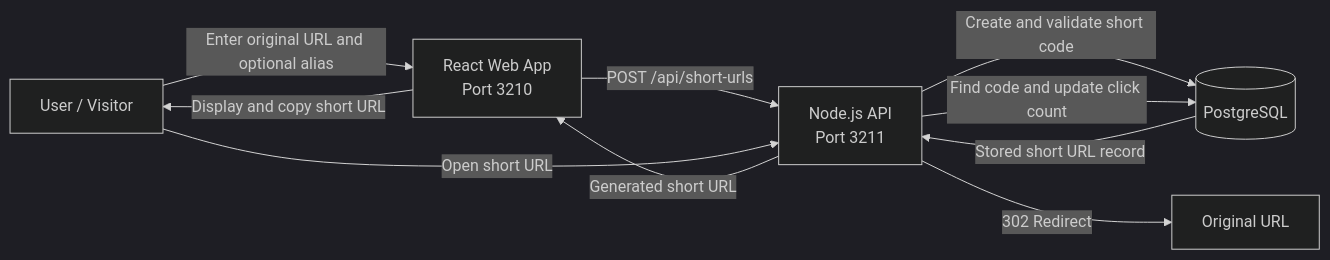
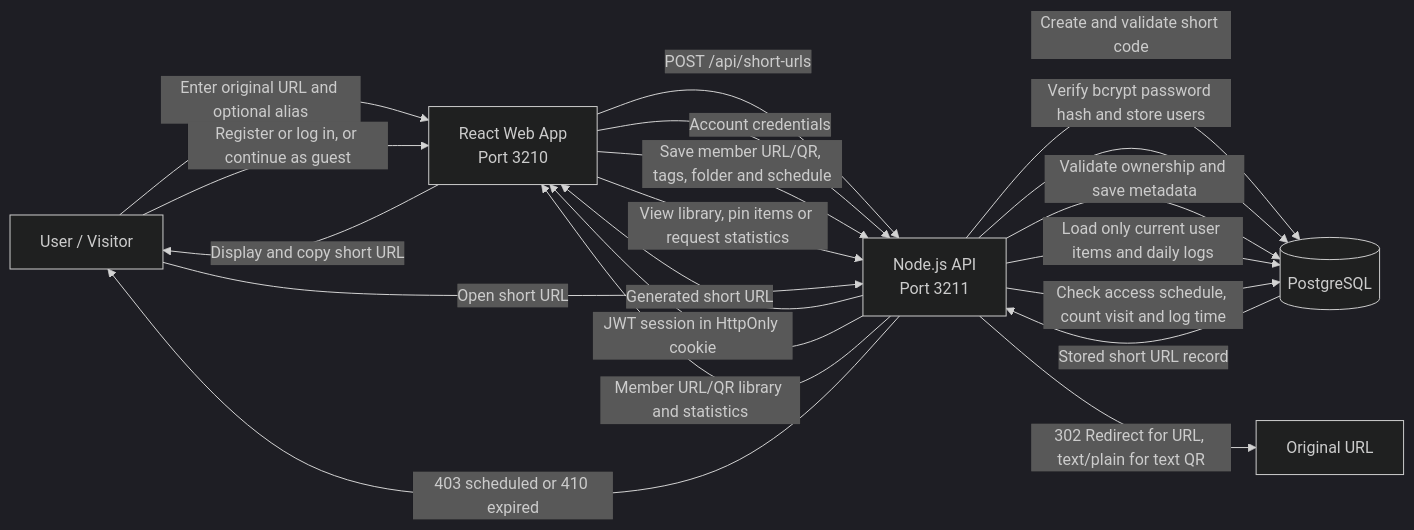
One commit to 4mpcln/ShortURLproj changed the diagram in docs/dfd-level-0.md. Above: the diagram before and after it, drawn with Mermaid (dark theme). The commit also changed 36 other files, not shown here.

````diff
--- a/docs/dfd-level-0.md
+++ b/docs/dfd-level-0.md
@@ -3,19 +3,30 @@
 ```mermaid
 flowchart LR
   User[User / Visitor]
   Web[React Web App<br/>Port 3210]
   API[Node.js API<br/>Port 3211]
   DB[(PostgreSQL)]
   Target[Original URL]
 
   User -->|Enter original URL and optional alias| Web
   Web -->|POST /api/short-urls| API
   API -->|Create and validate short code| DB
   DB -->|Stored short URL record| API
   API -->|Generated short URL| Web
   Web -->|Display and copy short URL| User
 
+  User -->|Register or log in, or continue as guest| Web
+  Web -->|Account credentials| API
+  API -->|Verify bcrypt password hash and store users| DB
+  API -->|JWT session in HttpOnly cookie| Web
+  Web -->|Save member URL/QR, tags, folder and schedule| API
+  API -->|Validate ownership and save metadata| DB
+  Web -->|View library, pin items or request statistics| API
+  API -->|Load only current user items and daily logs| DB
+  API -->|Member URL/QR library and statistics| Web
+
   User -->|Open short URL| API
-  API -->|Find code and update click count| DB
-  API -->|302 Redirect| Target
+  API -->|Check access schedule, count visit and log time| DB
+  API -->|302 Redirect for URL, text/plain for text QR| Target
+  API -->|403 scheduled or 410 expired| User
 ```
````
